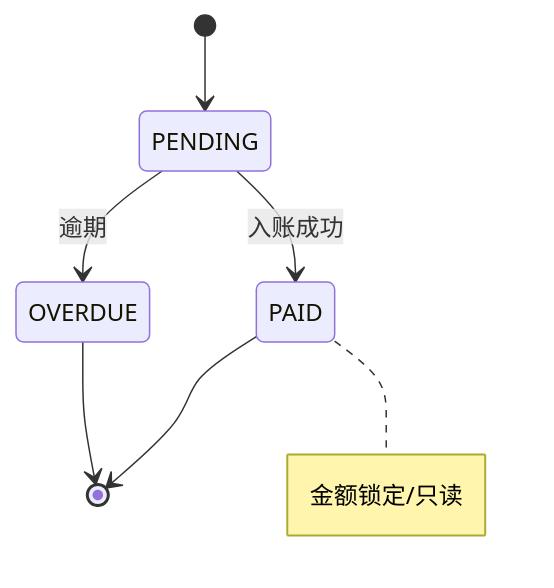
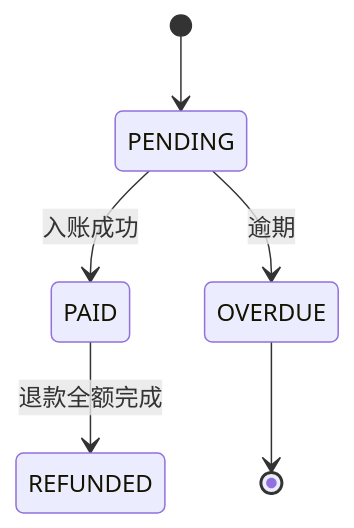
The third of 12 diagrams in rose-backend/rose-service/rose-billing-service/docs/billing-domain-model.md (rosestack/rose-playground), drawn with Mermaid before and after one commit. The commit also changed other lines of this file and 37 other files, not shown here.

````diff
--- a/rose-backend/rose-service/rose-billing-service/docs/billing-domain-model.md
+++ b/rose-backend/rose-service/rose-billing-service/docs/billing-domain-model.md
@@ -116,9 +160,8 @@
 ```mermaid
 stateDiagram-v2
   [*] --> PENDING
   PENDING --> PAID: 入账成功
   PENDING --> OVERDUE: 逾期
-  PAID --> [*]
+  PAID --> REFUNDED: 退款全额完成
   OVERDUE --> [*]
-  note right of PAID: 金额锁定/只读
 ```
````
